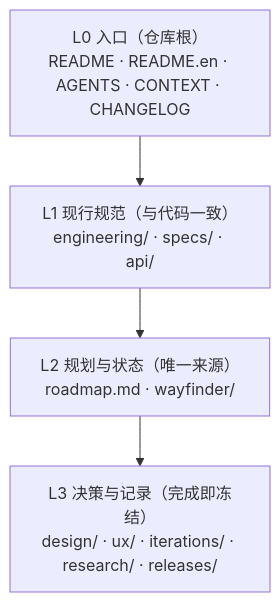
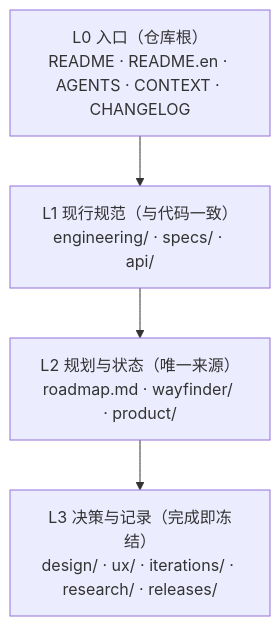
Before and after one commit to unStone/web-ppt: the diagram in docs/README.md, drawn with Mermaid. The commit also changed other lines of this file and 2 other files, not shown here.

````diff
--- a/docs/README.md
+++ b/docs/README.md
@@ -5,8 +5,8 @@
 ```mermaid
 flowchart TB
   L0["L0 入口（仓库根）<br/>README · README.en · AGENTS · CONTEXT · CHANGELOG"]
   L1["L1 现行规范（与代码一致）<br/>engineering/ · specs/ · api/"]
-  L2["L2 规划与状态（唯一来源）<br/>roadmap.md · wayfinder/"]
+  L2["L2 规划与状态（唯一来源）<br/>roadmap.md · wayfinder/ · product/"]
   L3["L3 决策与记录（完成即冻结）<br/>design/ · ux/ · iterations/ · research/ · releases/"]
   L0 --> L1 --> L2 --> L3
 ```
````
